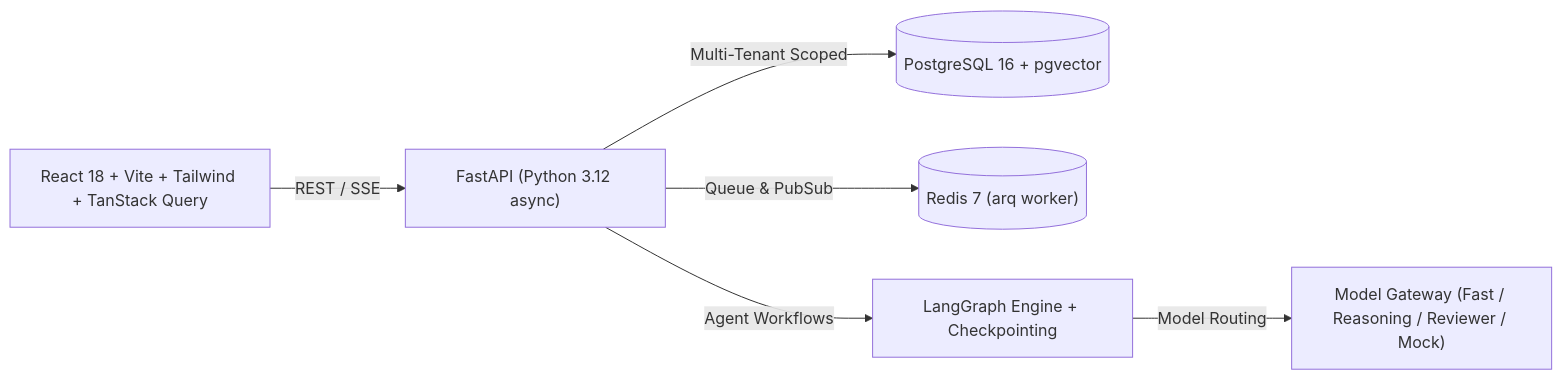
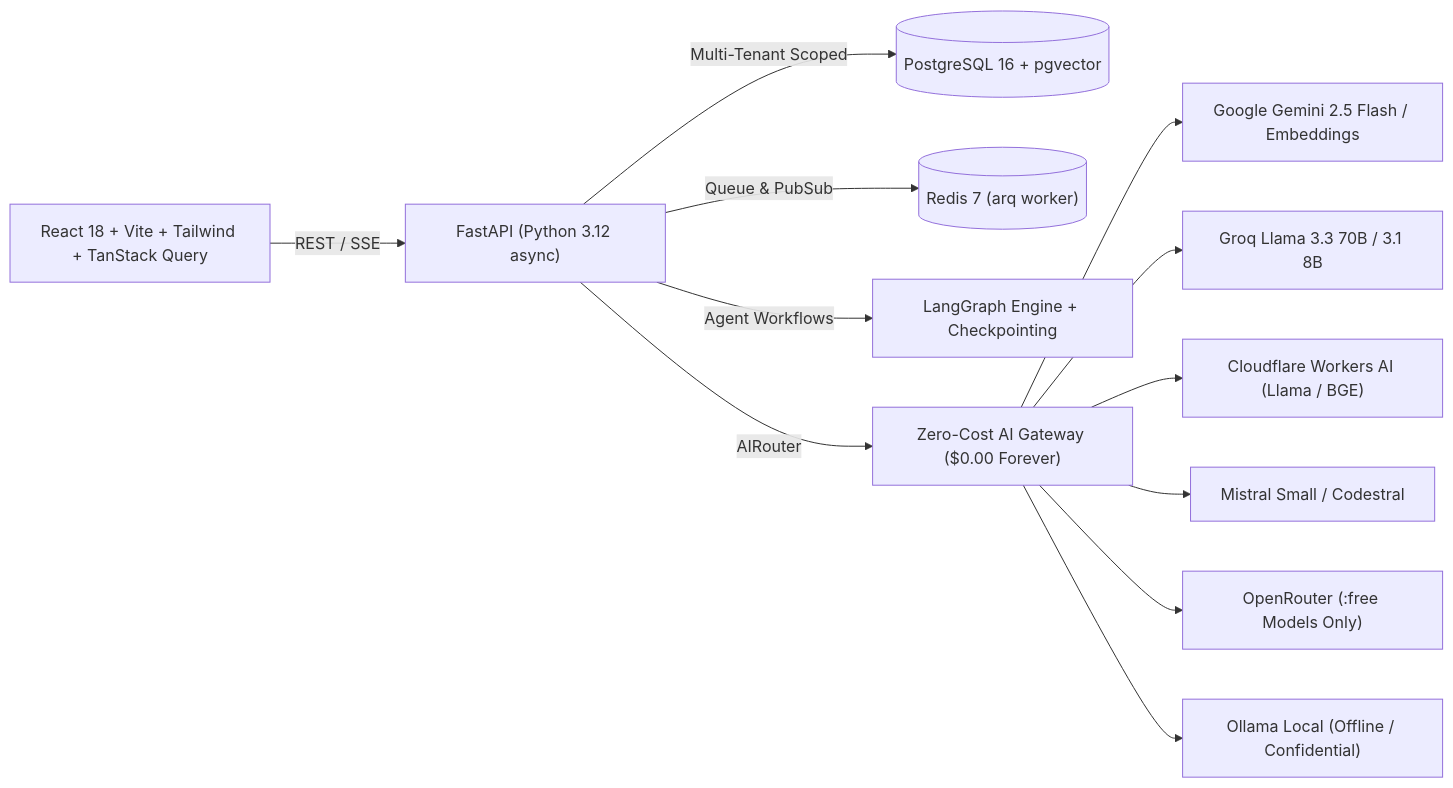
Before and after one commit to BhavyNayakIflair/OpsPilot: the diagram in README.md, drawn with Mermaid. The commit also changed other lines of this file and 6 other files, not shown here.

````diff
--- a/README.md
+++ b/README.md
@@ -22,8 +22,14 @@
 ```mermaid
 graph LR
     Frontend["React 18 + Vite + Tailwind + TanStack Query"] -->|REST / SSE| Backend["FastAPI (Python 3.12 async)"]
     Backend -->|Multi-Tenant Scoped| DB[("PostgreSQL 16 + pgvector")]
     Backend -->|Queue & PubSub| Redis[("Redis 7 (arq worker)")]
     Backend -->|Agent Workflows| LangGraph["LangGraph Engine + Checkpointing"]
-    LangGraph -->|Model Routing| Gateway["Model Gateway (Fast / Reasoning / Reviewer / Mock)"]
+    Backend -->|AIRouter| Gateway["Zero-Cost AI Gateway ($0.00 Forever)"]
+    Gateway --> Gemini["Google Gemini 2.5 Flash / Embeddings"]
+    Gateway --> Groq["Groq Llama 3.3 70B / 3.1 8B"]
+    Gateway --> CF["Cloudflare Workers AI (Llama / BGE)"]
+    Gateway --> Mistral["Mistral Small / Codestral"]
+    Gateway --> OpenRouter["OpenRouter (:free Models Only)"]
+    Gateway --> Ollama["Ollama Local (Offline / Confidential)"]
 ```
````
